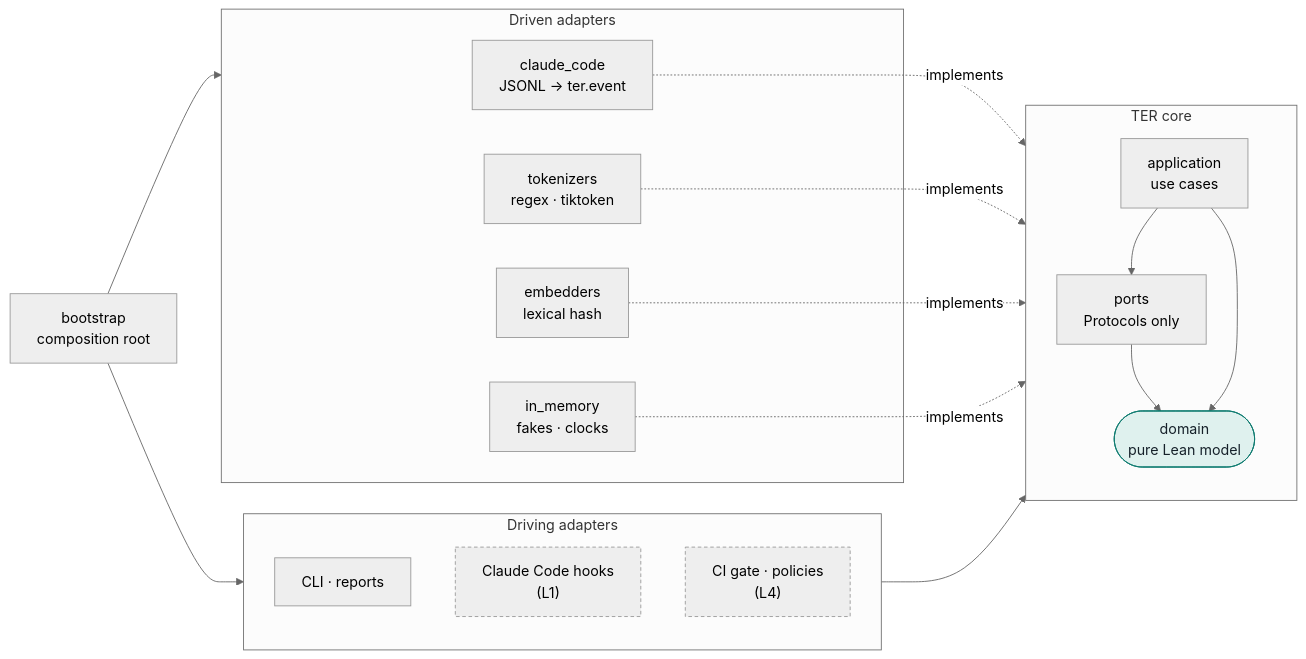
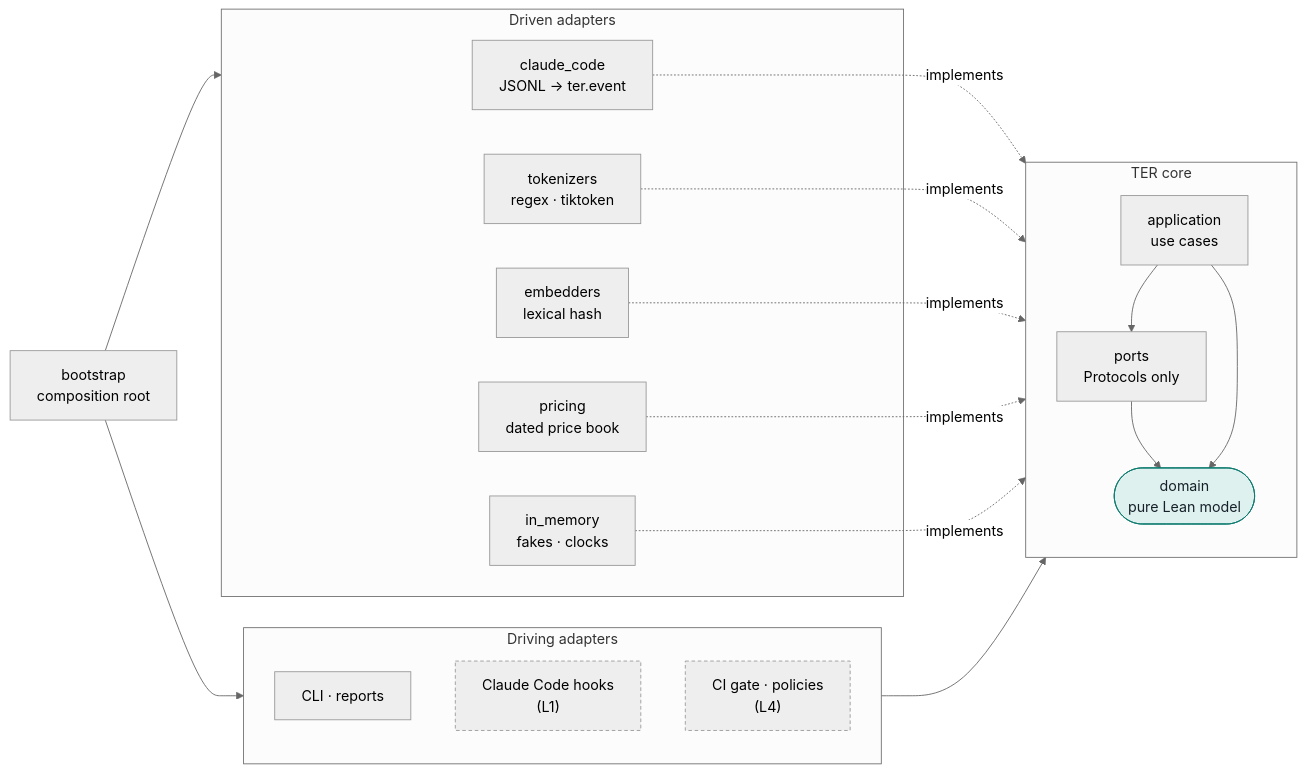
The first of 3 diagrams in docs/ter4/architecture.md (cplegendre/TER), drawn with Mermaid (neutral theme) before and after one commit. The commit also changed other lines of this file and 22 other files, not shown here.

````diff
--- a/docs/ter4/architecture.md
+++ b/docs/ter4/architecture.md
@@ -14,37 +14,39 @@
 ```mermaid
 flowchart LR
     subgraph driving["Driving adapters"]
         CLI["CLI · reports"]
         HOOKS["Claude Code hooks<br/>(L1)"]
         GATE["CI gate · policies<br/>(L4)"]
     end
 
     subgraph core["TER core"]
         direction TB
         APP["application<br/>use cases"]
         PORTS["ports<br/>Protocols only"]
         DOMAIN(["domain<br/>pure Lean model"])
         APP --> PORTS --> DOMAIN
         APP --> DOMAIN
     end
 
     subgraph driven["Driven adapters"]
         CC["claude_code<br/>JSONL → ter.event"]
         TOK["tokenizers<br/>regex · tiktoken"]
         EMB["embedders<br/>lexical hash"]
+        PRICE["pricing<br/>dated price book"]
         MEM["in_memory<br/>fakes · clocks"]
     end
 
     driving --> APP
     CC -. implements .-> PORTS
     TOK -. implements .-> PORTS
     EMB -. implements .-> PORTS
+    PRICE -. implements .-> PORTS
     MEM -. implements .-> PORTS
     BOOT["bootstrap<br/>composition root"] --> driving
     BOOT --> driven
 
     classDef pure fill:#dff1ee,stroke:#0d7a6f,color:#16212a
     classDef soon stroke-dasharray: 4 3
     class DOMAIN pure
     class HOOKS,GATE soon
 ```
````
